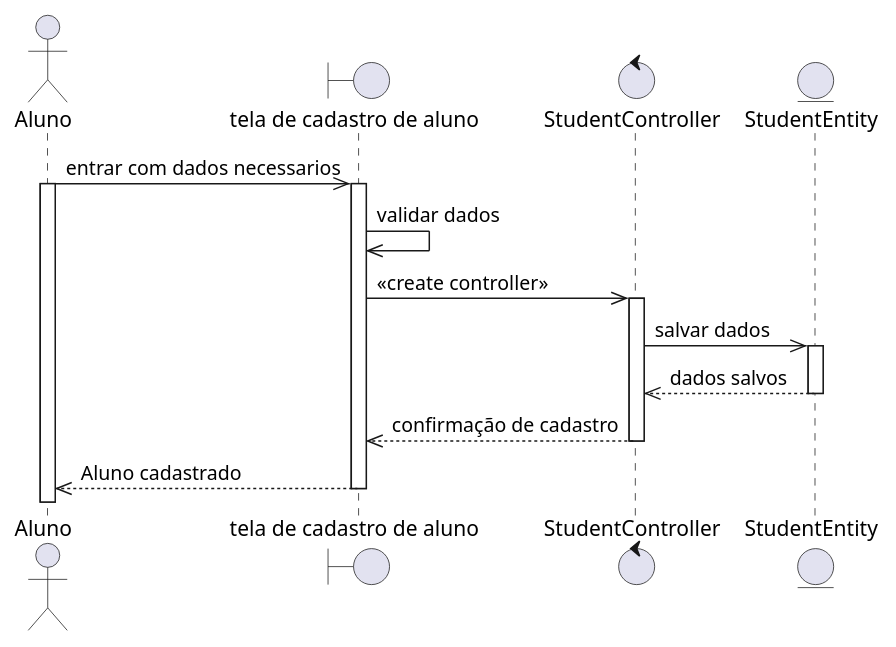
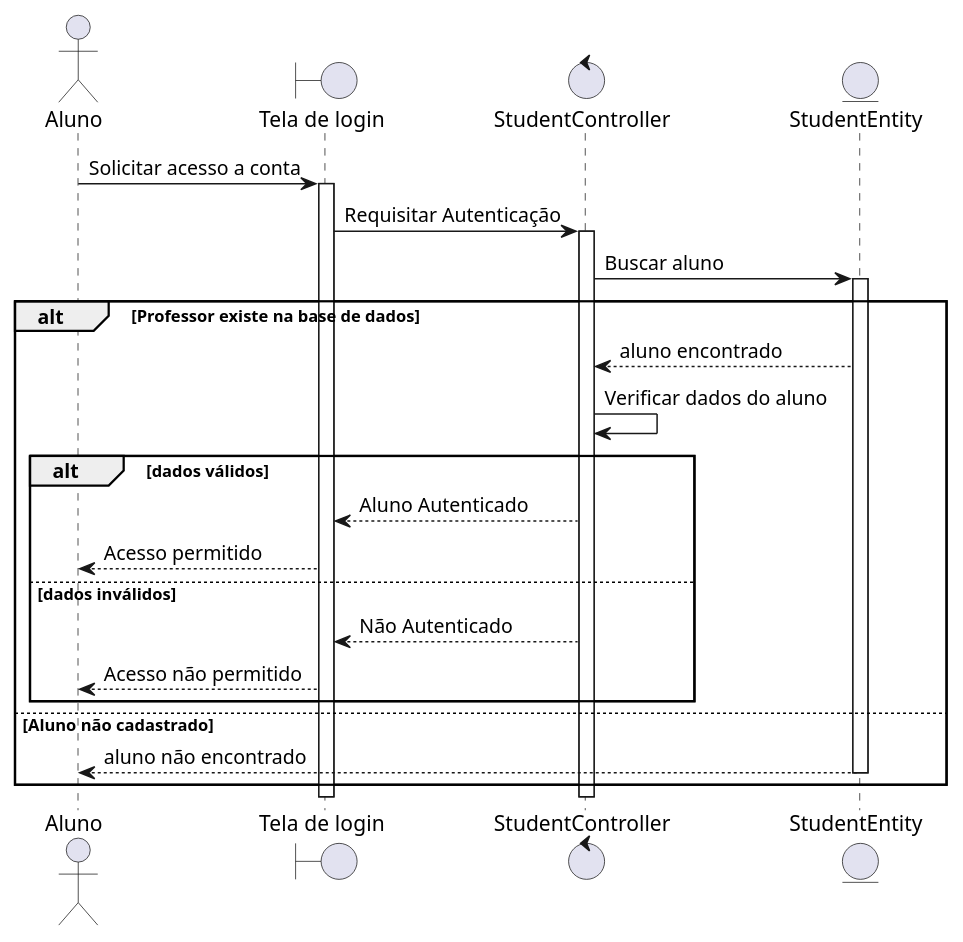
The diagram in sequence/student.login.seq.wsd (rodrigoRolim/CAdiagrams), drawn with PlantUML before and after one commit. The commit also changed 7 other files, not shown here.

```diff
--- a/sequence/student.login.seq.wsd
+++ b/sequence/student.login.seq.wsd
@@ -1,20 +1,34 @@
 @startuml
-Actor Aluno
-boundary "tela de cadastro de aluno" as cadastro
-control StudentController
+actor Aluno
+boundary "Tela de login" as login
+control  StudentController
 entity StudentEntity
-Aluno ->> cadastro: entrar com dados necessarios
-activate Aluno
-activate cadastro
-cadastro ->> cadastro: validar dados
-cadastro ->> StudentController: <<create controller>>
+
+Aluno -> login: Solicitar acesso a conta
+activate login
+login -> StudentController: Requisitar Autenticação
 activate StudentController
-StudentController ->> StudentEntity: salvar dados
-activate StudentEntity
-StudentEntity -->> StudentController: dados salvos
-deactivate StudentEntity
-StudentController -->> cadastro: confirmação de cadastro
-deactivate StudentController
-cadastro -->> Aluno: Aluno cadastrado
-deactivate cadastro
+
+StudentController -> StudentEntity: Buscar aluno
+    activate StudentEntity
+    alt Professor existe na base de dados
+        
+        StudentEntity --> StudentController: aluno encontrado
+        'deactivate StudentController
+         StudentController -> StudentController: Verificar dados do aluno
+        alt dados válidos
+            StudentController --> login: Aluno Autenticado
+            login --> Aluno: Acesso permitido 
+        else dados inválidos
+            
+            login <-- StudentController: Não Autenticado
+            login --> Aluno: Acesso não permitido
+        end
+       
+    else Aluno não cadastrado
+        
+        StudentEntity --> Aluno: aluno não encontrado
+        deactivate StudentEntity
+end
+
 @enduml
```
